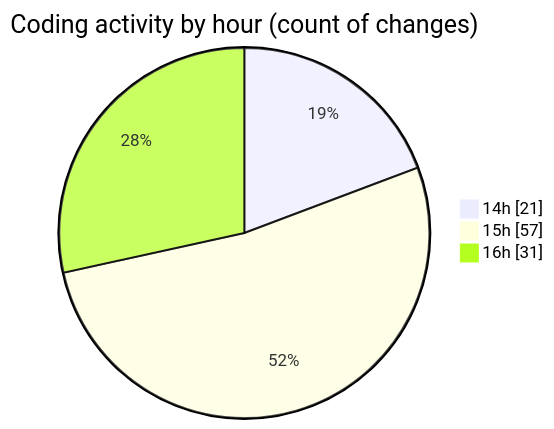
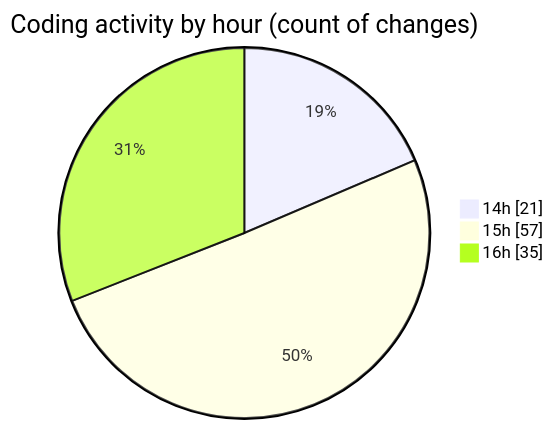
Before and after one commit to Ritupan-Deka/code-tracking: the second of 2 diagrams in 2025-05-24/projects/README.md, drawn with Mermaid. The commit also changed other lines of this file and 1 other file, not shown here.

````diff
--- a/2025-05-24/projects/README.md
+++ b/2025-05-24/projects/README.md
@@ -33,7 +33,7 @@
 ```mermaid
 pie showData
 title Coding activity by hour (count of changes)
 "14h" : 21
 "15h" : 57
-"16h" : 31
+"16h" : 35
 ```
````
